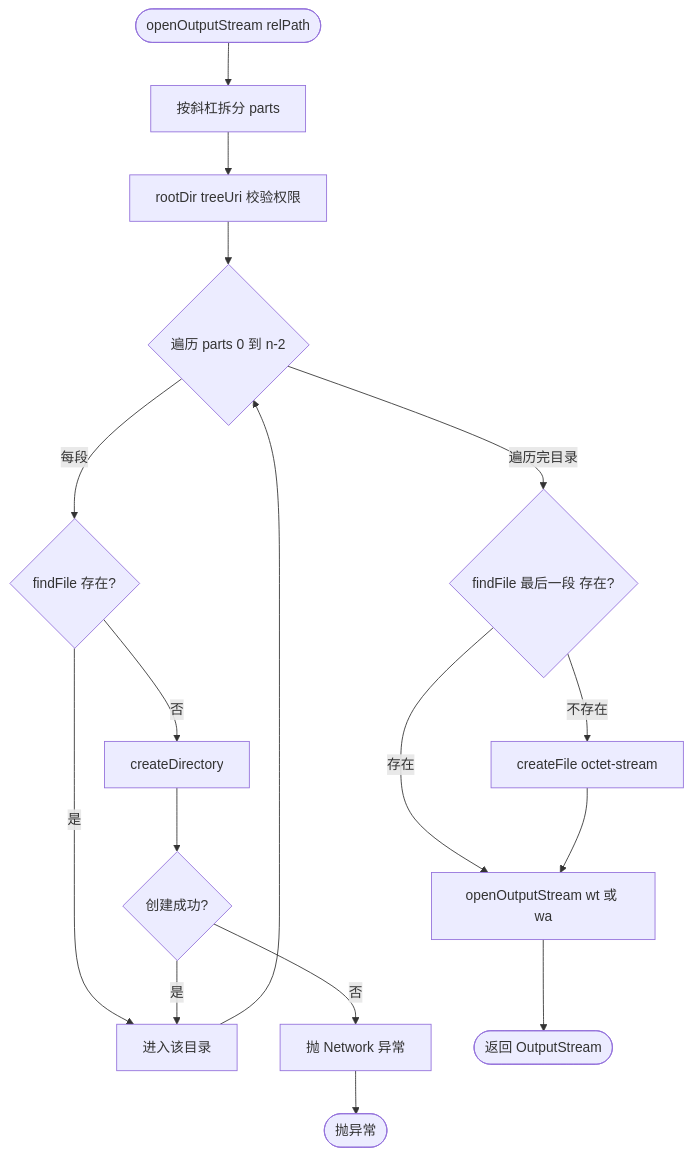
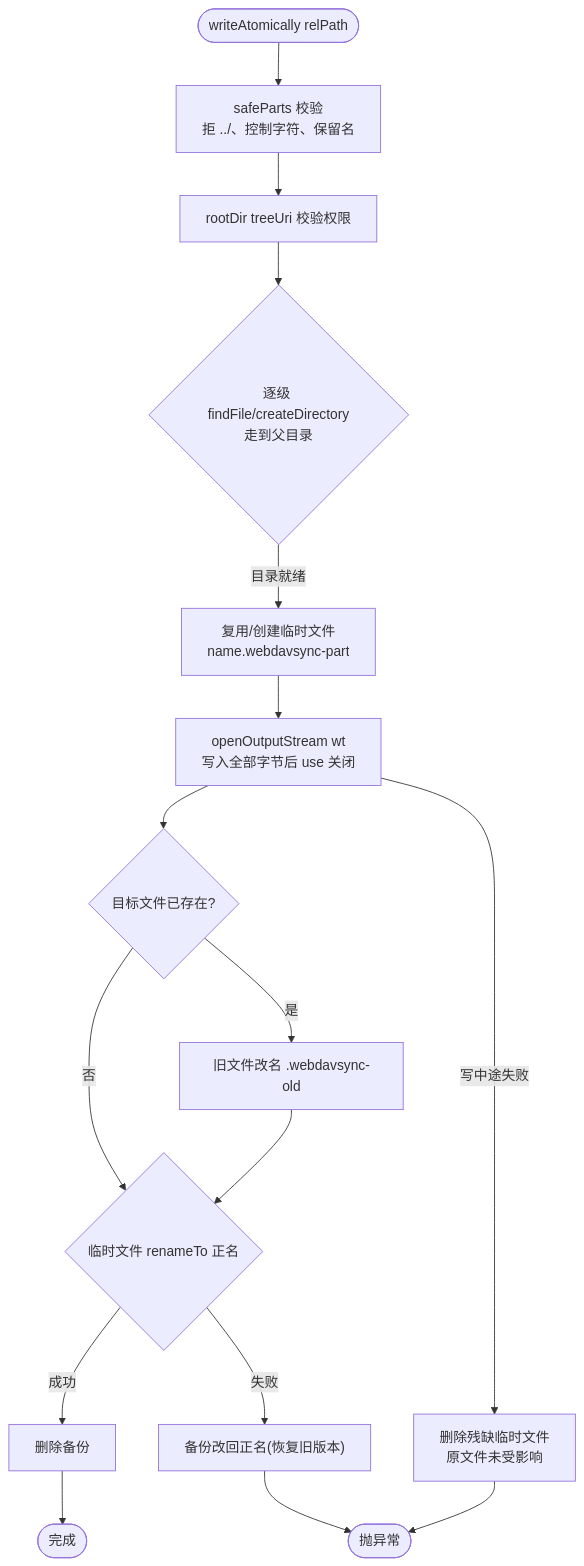
One commit to busyguy-miskin/webdav-sync changed the tenth of 14 diagrams in docs/design.md. Above: the diagram before and after it, drawn with Mermaid. The commit also changed other lines of this file and 8 other files, not shown here.

First line of the commit message:
WP6 开源合规：MIT 许可证、Room schema 导出与文档同步

````diff
--- a/docs/design.md
+++ b/docs/design.md
@@ -509,19 +510,15 @@
 ```mermaid
 flowchart TD
-    In(["openOutputStream relPath"]) --> Split["按斜杠拆分 parts"]
-    Split --> Root["rootDir treeUri 校验权限"]
-    Root --> Loop{"遍历 parts 0 到 n-2"}
-    Loop -- "每段" --> Find{"findFile 存在?"}
-    Find -- 是 --> Enter["进入该目录"]
-    Find -- 否 --> Create["createDirectory"]
-    Create --> Chk{"创建成功?"}
-    Chk -- 否 --> ErrNet["抛 Network 异常"]
-    Chk -- 是 --> Enter
-    Enter --> Loop
-    Loop -- "遍历完目录" --> File{"findFile 最后一段 存在?"}
-    File -- 不存在 --> NewFile["createFile octet-stream"]
-    File -- 存在 --> Open["openOutputStream wt 或 wa"]
-    NewFile --> Open
-    Open --> Out(["返回 OutputStream"])
-    ErrNet --> Out2(["抛异常"])
+    In(["writeAtomically relPath"]) --> Safe["safeParts 校验<br/>拒 ../、控制字符、保留名"]
+    Safe --> Root["rootDir treeUri 校验权限"]
+    Root --> Loop{"逐级 findFile/createDirectory<br/>走到父目录"}
+    Loop -- "目录就绪" --> Temp["复用/创建临时文件<br/>name.webdavsync-part"]
+    Temp --> Write["openOutputStream wt<br/>写入全部字节后 use 关闭"]
+    Write --> Bak{"目标文件已存在?"}
+    Bak -- 是 --> Rename["旧文件改名 .webdavsync-old"]
+    Bak -- 否 --> Swap
+    Rename --> Swap{"临时文件 renameTo 正名"}
+    Swap -- "成功" --> Del["删除备份"] --> Out(["完成"])
+    Swap -- "失败" --> Restore["备份改回正名(恢复旧版本)"] --> Err(["抛异常"])
+    Write -- "写中途失败" --> Clean["删除残缺临时文件<br/>原文件未受影响"] --> Err
 ```
````
